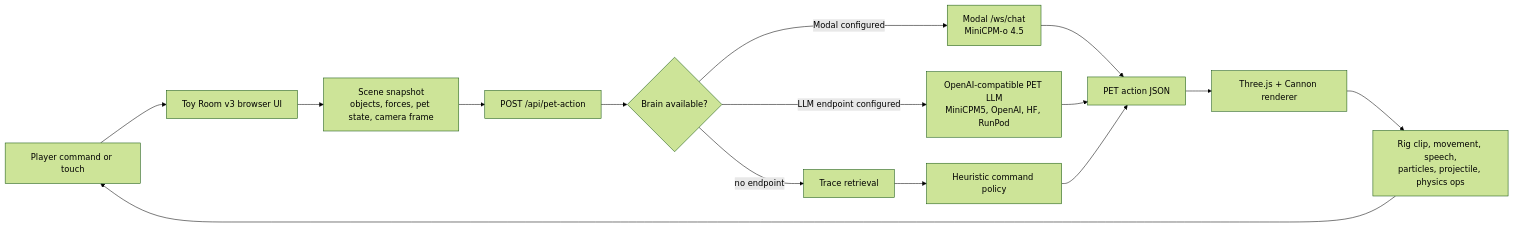
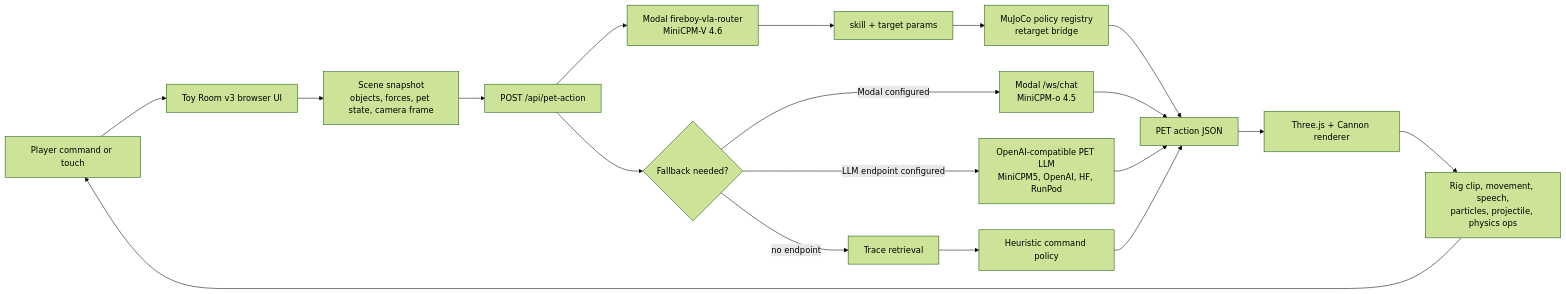
One commit to sanjuhs/build-small-hackathon-v1 changed the first of 8 diagrams in docs/virtual-toy-v3-architecture.md. Above: the diagram before and after it, drawn with Mermaid (forest theme). The commit also changed other lines of this file and 10 other files, not shown here.

Commit message:
docs: publish MiniCPM-V VLA artifacts

````diff
--- a/docs/virtual-toy-v3-architecture.md
+++ b/docs/virtual-toy-v3-architecture.md
@@ -18,17 +24,21 @@
 ```mermaid
 flowchart LR
   User["Player command or touch"] --> Browser["Toy Room v3 browser UI"]
   Browser --> Snapshot["Scene snapshot\nobjects, forces, pet state, camera frame"]
   Snapshot --> API["POST /api/pet-action"]
-  API --> Policy{"Brain available?"}
+  API --> VLA["Modal fireboy-vla-router\nMiniCPM-V 4.6"]
+  VLA --> Skill["skill + target params"]
+  Skill --> Physics["MuJoCo policy registry\nretarget bridge"]
+  API --> Policy{"Fallback needed?"}
   Policy -->|Modal configured| Modal["Modal /ws/chat\nMiniCPM-o 4.5"]
   Policy -->|LLM endpoint configured| LLM["OpenAI-compatible PET LLM\nMiniCPM5, OpenAI, HF, RunPod"]
   Policy -->|no endpoint| Trace["Trace retrieval"]
   Trace --> Heuristic["Heuristic command policy"]
+  Physics --> Action["PET action JSON"]
   Modal --> Action["PET action JSON"]
   LLM --> Action["PET action JSON"]
   Heuristic --> Action
   Action --> Renderer["Three.js + Cannon renderer"]
   Renderer --> Effects["Rig clip, movement, speech,\nparticles, projectile, physics ops"]
   Effects --> User
 ```
````
